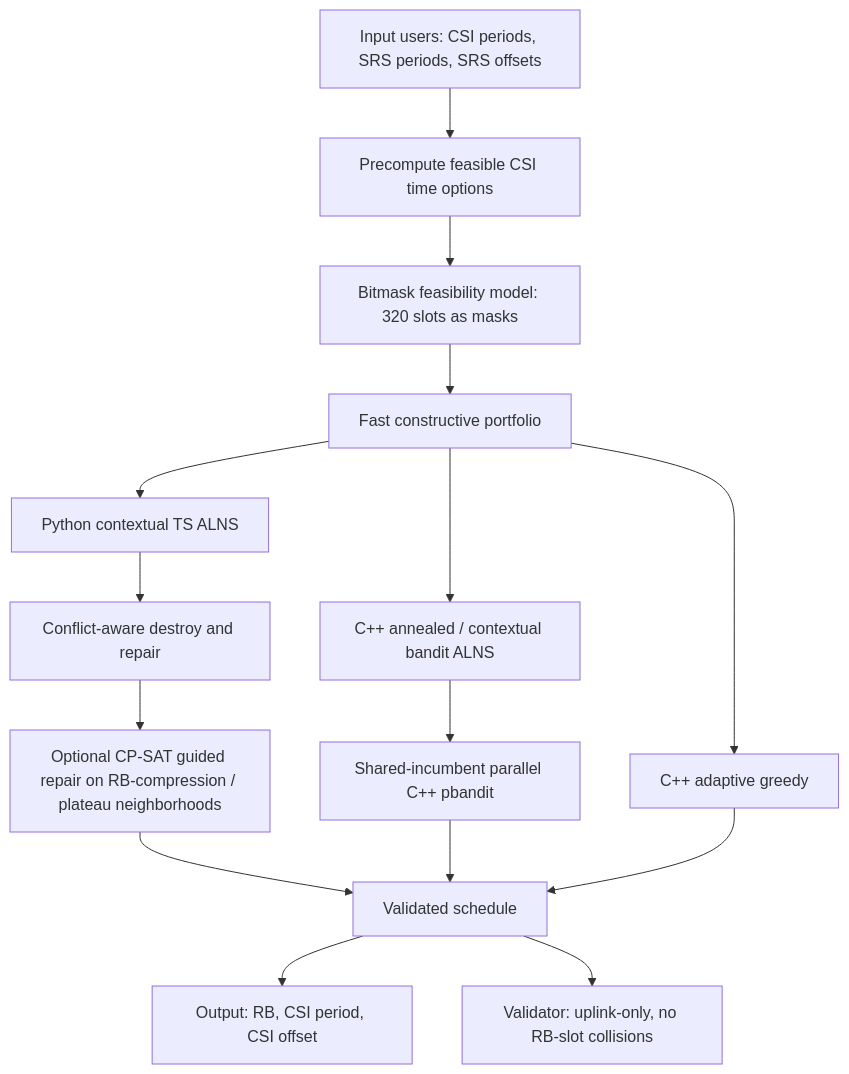
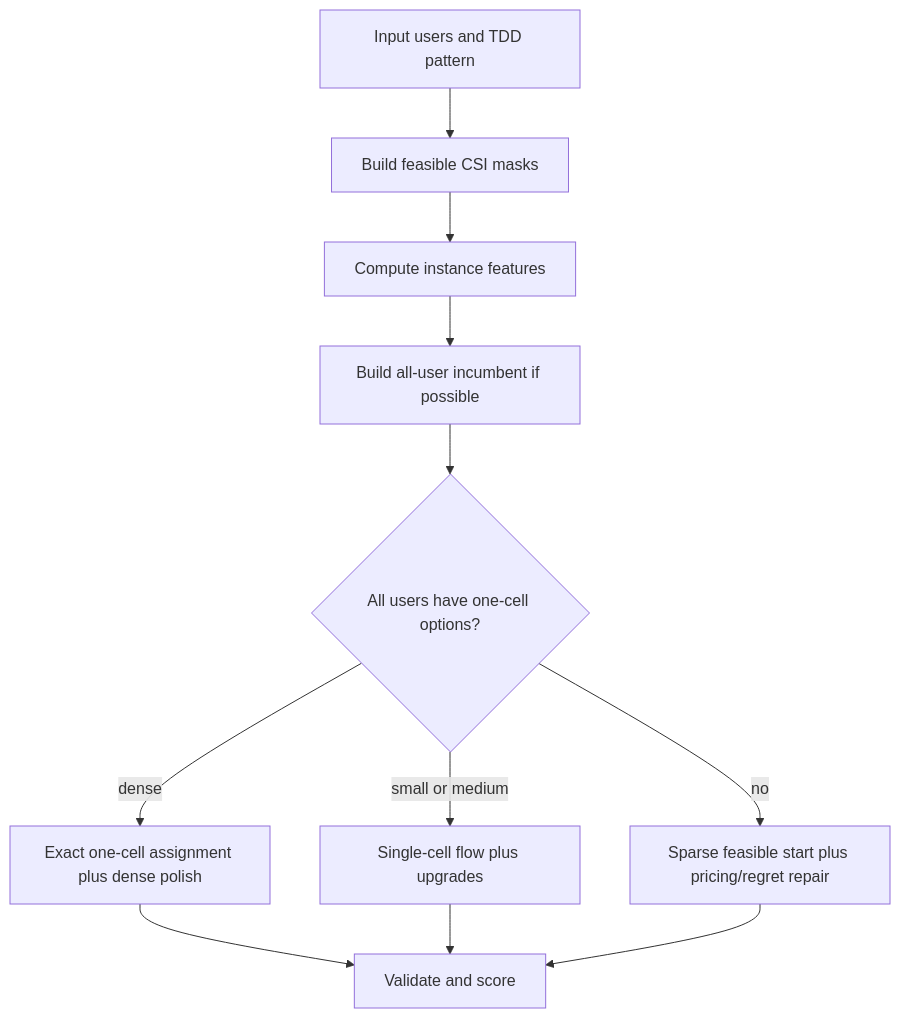
Before and after one commit to Marypvlva/PUCCH-CSI-Scheduling-Solver: the diagram in docs/solution_report.md, drawn with Mermaid. The commit also changed other lines of this file and 18 other files, not shown here.

````diff
--- a/docs/solution_report.md
+++ b/docs/solution_report.md
@@ -76,17 +80,13 @@
 ```mermaid
 flowchart TD
-    A["Input users: CSI periods, SRS periods, SRS offsets"] --> B["Precompute feasible CSI time options"]
-    B --> C["Bitmask feasibility model: 320 slots as masks"]
-    C --> D["Fast constructive portfolio"]
-    D --> E["C++ adaptive greedy"]
-    D --> F["C++ annealed / contextual bandit ALNS"]
-    D --> G["Python contextual TS ALNS"]
-    G --> H["Conflict-aware destroy and repair"]
-    H --> I["Optional CP-SAT guided repair on RB-compression / plateau neighborhoods"]
-    F --> J["Shared-incumbent parallel C++ pbandit"]
-    I --> K["Validated schedule"]
-    J --> K
-    E --> K
-    K --> L["Output: RB, CSI period, CSI offset"]
-    K --> M["Validator: uplink-only, no RB-slot collisions"]
+    A["Input users and TDD pattern"] --> B["Build feasible CSI masks"]
+    B --> C["Compute instance features"]
+    C --> D["Build all-user incumbent if possible"]
+    D --> E{"All users have one-cell options?"}
+    E -->|dense| F["Exact one-cell assignment plus dense polish"]
+    E -->|small or medium| G["Single-cell flow plus upgrades"]
+    E -->|no| H["Sparse feasible start plus pricing/regret repair"]
+    F --> I["Validate and score"]
+    G --> I
+    H --> I
 ```
````
